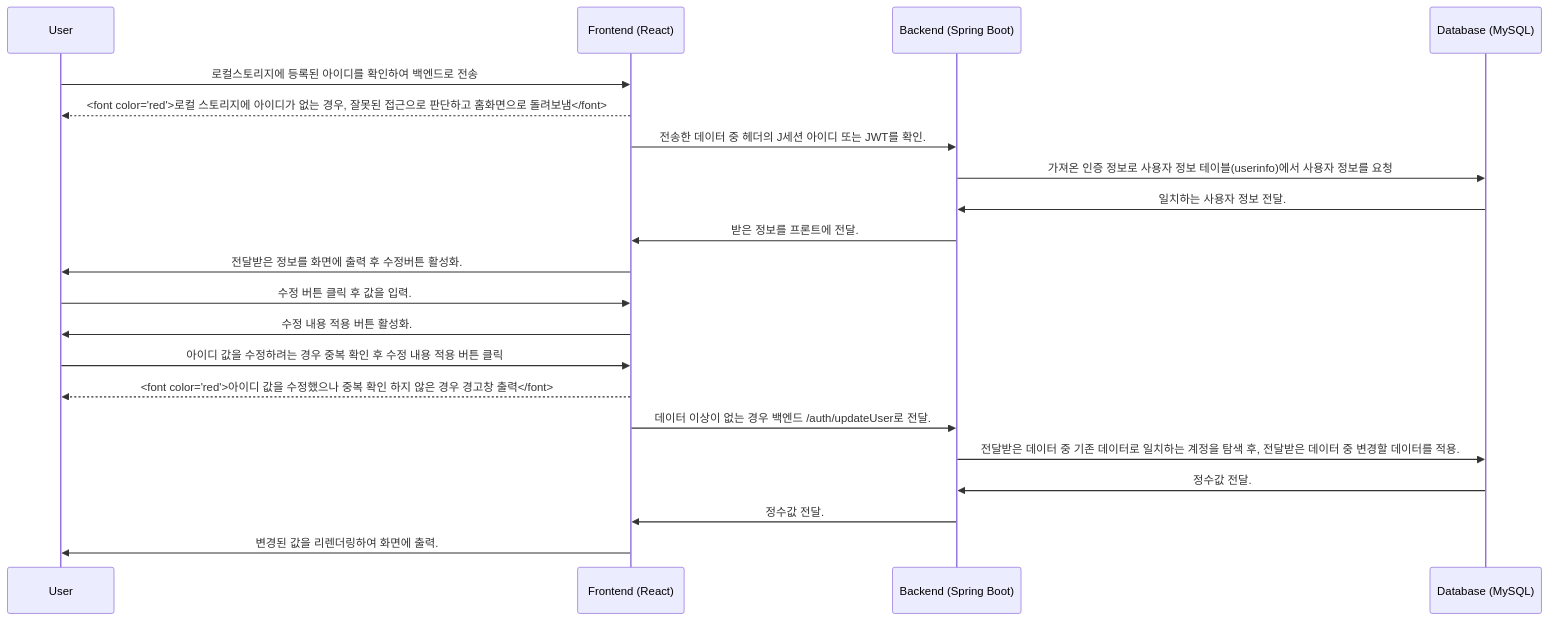
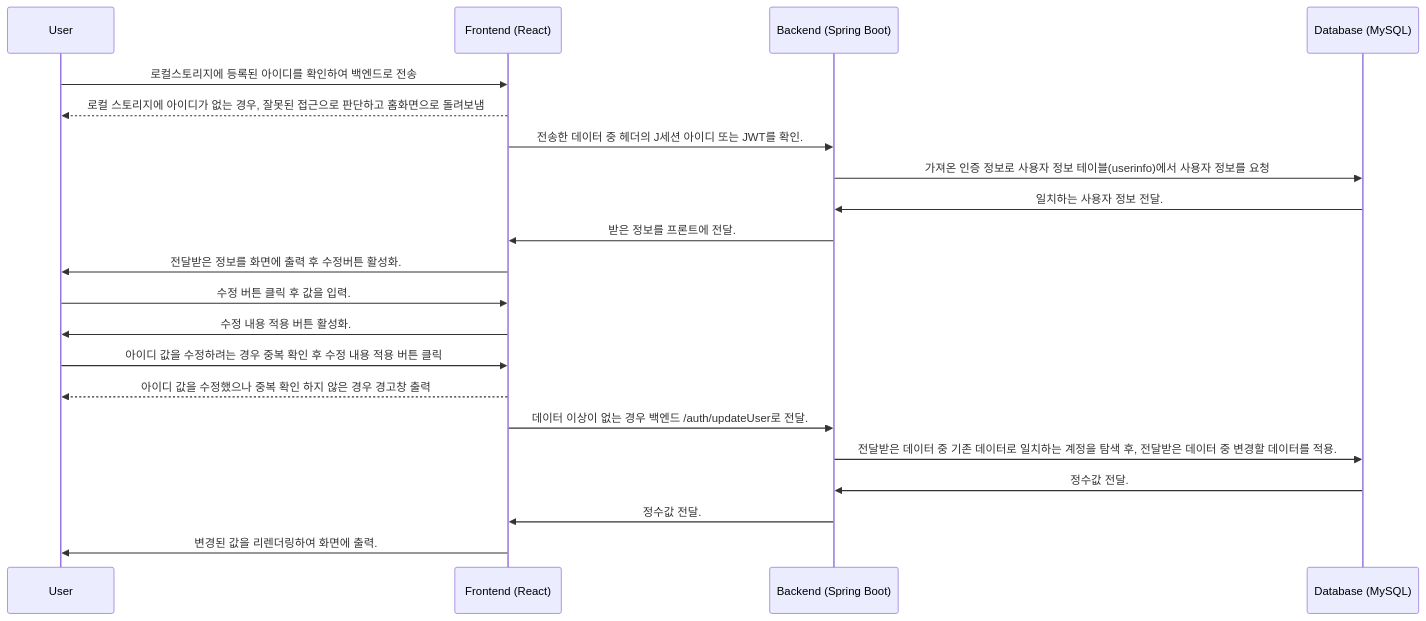
Before and after one commit to SUNGJISUCK95/teamproject: the fifth of 5 diagrams in bicycle-app/frontend/Auth.md, drawn with Mermaid. The commit also changed other lines of this file, not shown here.

````diff
--- a/bicycle-app/frontend/Auth.md
+++ b/bicycle-app/frontend/Auth.md
@@ -112,24 +112,24 @@
 ```mermaid
 sequenceDiagram
     participant User
     participant Frontend as Frontend (React)
     participant Backend as Backend (Spring Boot)
     participant DB as Database (MySQL)
 %% 4. 내 정보 페이지
     User->>Frontend: 로컬스토리지에 등록된 아이디를 확인하여 백엔드로 전송
-    Frontend-->>User: <font color="red">로컬 스토리지에 아이디가 없는 경우, 잘못된 접근으로 판단하고 홈화면으로 돌려보냄</font>
+    Frontend-->>User: 로컬 스토리지에 아이디가 없는 경우, 잘못된 접근으로 판단하고 홈화면으로 돌려보냄
     Frontend->>Backend: 전송한 데이터 중 헤더의 J세션 아이디 또는 JWT를 확인.
     Backend->>DB: 가져온 인증 정보로 사용자 정보 테이블(userinfo)에서 사용자 정보를 요청
     DB->>Backend : 일치하는 사용자 정보 전달.
     Backend->>Frontend : 받은 정보를 프론트에 전달.
     Frontend->>User : 전달받은 정보를 화면에 출력 후 수정버튼 활성화.
     User->>Frontend: 수정 버튼 클릭 후 값을 입력.
     Frontend->>User : 수정 내용 적용 버튼 활성화.
     User->>Frontend: 아이디 값을 수정하려는 경우 중복 확인 후 수정 내용 적용 버튼 클릭
-    Frontend-->>User : <font color="red">아이디 값을 수정했으나 중복 확인 하지 않은 경우 경고창 출력</font>
+    Frontend-->>User : 아이디 값을 수정했으나 중복 확인 하지 않은 경우 경고창 출력
     Frontend->>Backend : 데이터 이상이 없는 경우 백엔드 /auth/updateUser로 전달.
     Backend->>DB : 전달받은 데이터 중 기존 데이터로 일치하는 계정을 탐색 후, 전달받은 데이터 중 변경할 데이터를 적용.
     DB->>Backend : 정수값 전달.
     Backend->>Frontend : 정수값 전달.
     Frontend->>User: 변경된 값을 리렌더링하여 화면에 출력.
 ```
````
